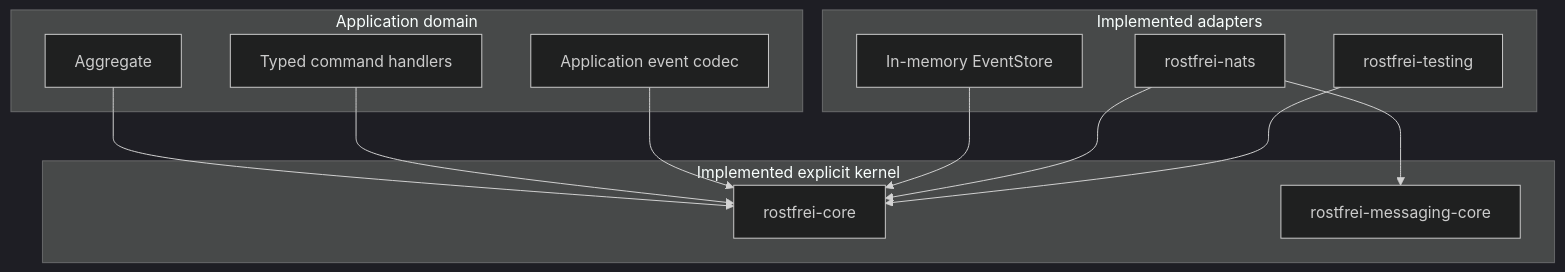
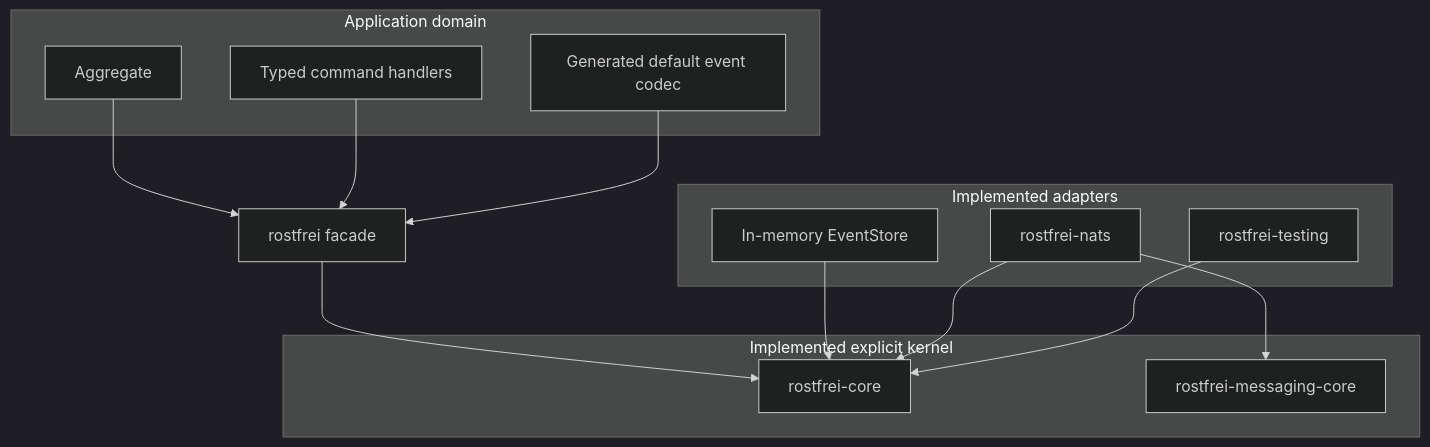
Before and after one commit to elbLabs/rostfrei: the second of 8 diagrams in docs/cofounder-project-summary.md, drawn with Mermaid (dark theme). The commit also changed other lines of this file and 21 other files, not shown here.

````diff
--- a/docs/cofounder-project-summary.md
+++ b/docs/cofounder-project-summary.md
@@ -125,27 +127,30 @@
 ```mermaid
 flowchart TB
     subgraph Application[Application domain]
         Aggregate[Aggregate]
         Handler[Typed command handlers]
-        Codec[Application event codec]
+        Codec[Generated default event codec]
     end
+
+    Facade[rostfrei facade]
 
     subgraph Kernel[Implemented explicit kernel]
         Core[rostfrei-core]
         Messaging[rostfrei-messaging-core]
     end
 
     subgraph Adapters[Implemented adapters]
         Memory[In-memory EventStore]
         Nats[rostfrei-nats]
         Testing[rostfrei-testing]
     end
 
-    Aggregate --> Core
-    Handler --> Core
-    Codec --> Core
+    Aggregate --> Facade
+    Handler --> Facade
+    Codec --> Facade
+    Facade --> Core
     Memory --> Core
     Nats --> Core
     Nats --> Messaging
     Testing --> Core
 ```
````
